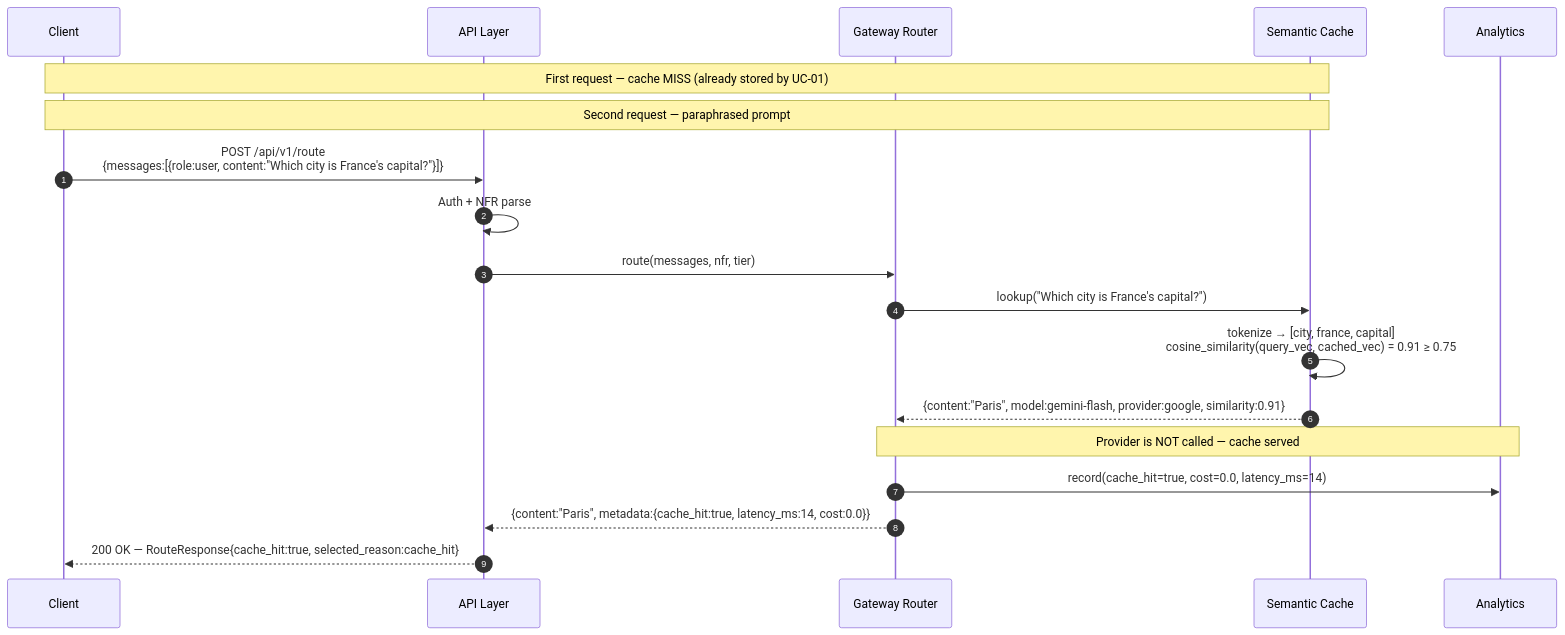
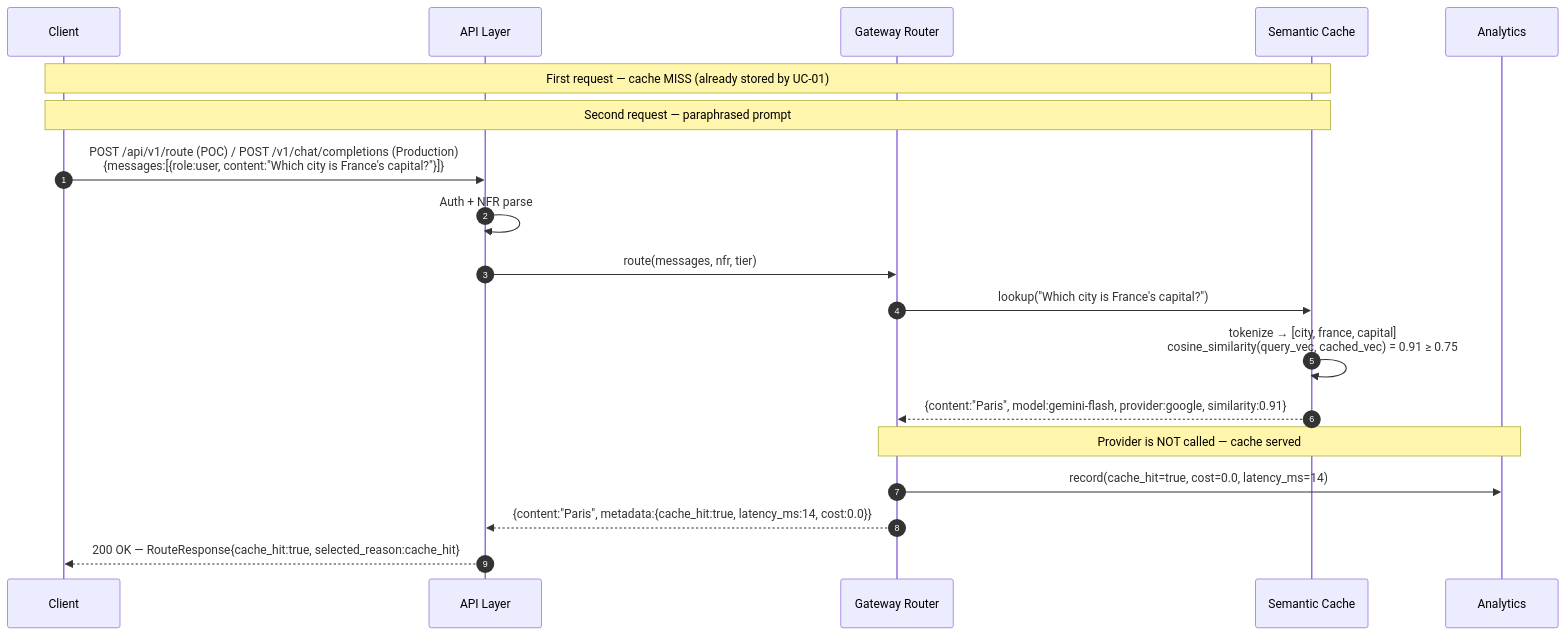
The second of 4 diagrams in docs/06-HLD.md (praveenramisetty1/LnD-Copilot-Training), drawn with Mermaid before and after one commit. The commit also changed other lines of this file and 34 other files, not shown here.

````diff
--- a/docs/06-HLD.md
+++ b/docs/06-HLD.md
@@ -335,25 +352,25 @@
 ```mermaid
 sequenceDiagram
     autonumber
     participant C  as Client
     participant A  as API Layer
     participant G  as Gateway Router
     participant SC as Semantic Cache
     participant AN as Analytics
 
     Note over C,SC: First request — cache MISS (already stored by UC-01)
     Note over C,SC: Second request — paraphrased prompt
 
-    C->>A: POST /api/v1/route<br/>{messages:[{role:user, content:"Which city is France's capital?"}]}
+    C->>A: POST /api/v1/route (POC) / POST /v1/chat/completions (Production)<br/>{messages:[{role:user, content:"Which city is France's capital?"}]}
     A->>A: Auth + NFR parse
     A->>G: route(messages, nfr, tier)
 
     G->>SC: lookup("Which city is France's capital?")
     SC->>SC: tokenize → [city, france, capital]<br/>cosine_similarity(query_vec, cached_vec) = 0.91 ≥ 0.75
     SC-->>G: {content:"Paris", model:gemini-flash, provider:google, similarity:0.91}
 
     Note over G,AN: Provider is NOT called — cache served
     G->>AN: record(cache_hit=true, cost=0.0, latency_ms=14)
     G-->>A: {content:"Paris", metadata:{cache_hit:true, latency_ms:14, cost:0.0}}
     A-->>C: 200 OK — RouteResponse{cache_hit:true, selected_reason:cache_hit}
 ```
````
